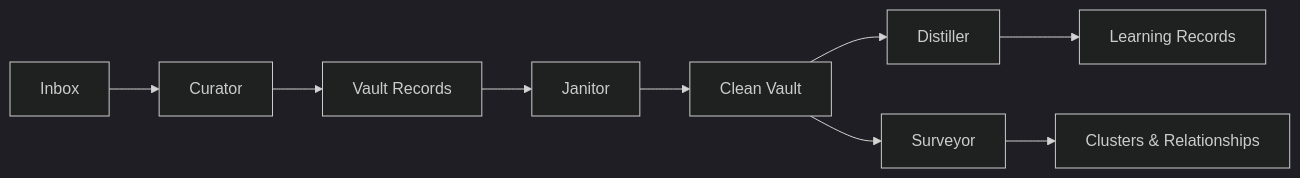
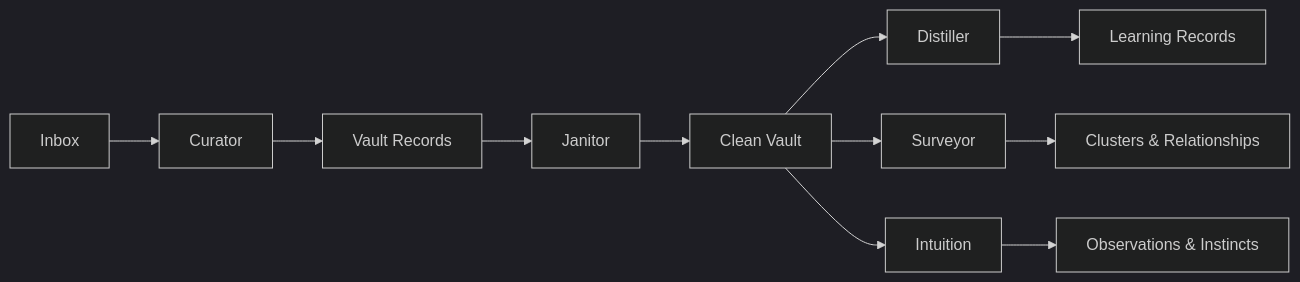
The diagram in how-it-works.mdx (ssdavidai/alfred-documentation), drawn with Mermaid (dark theme) before and after one commit. The commit also changed other lines of this file and 4 other files, not shown here.

````diff
--- a/how-it-works.mdx
+++ b/how-it-works.mdx
@@ -11,11 +11,13 @@
 ```mermaid
 graph LR
     A[Inbox] --> B[Curator]
     B --> C[Vault Records]
     C --> D[Janitor]
     D --> E[Clean Vault]
     E --> F[Distiller]
     F --> G[Learning Records]
     E --> H[Surveyor]
     H --> I[Clusters & Relationships]
+    E --> J[Intuition]
+    J --> K[Observations & Instincts]
 ```
````
